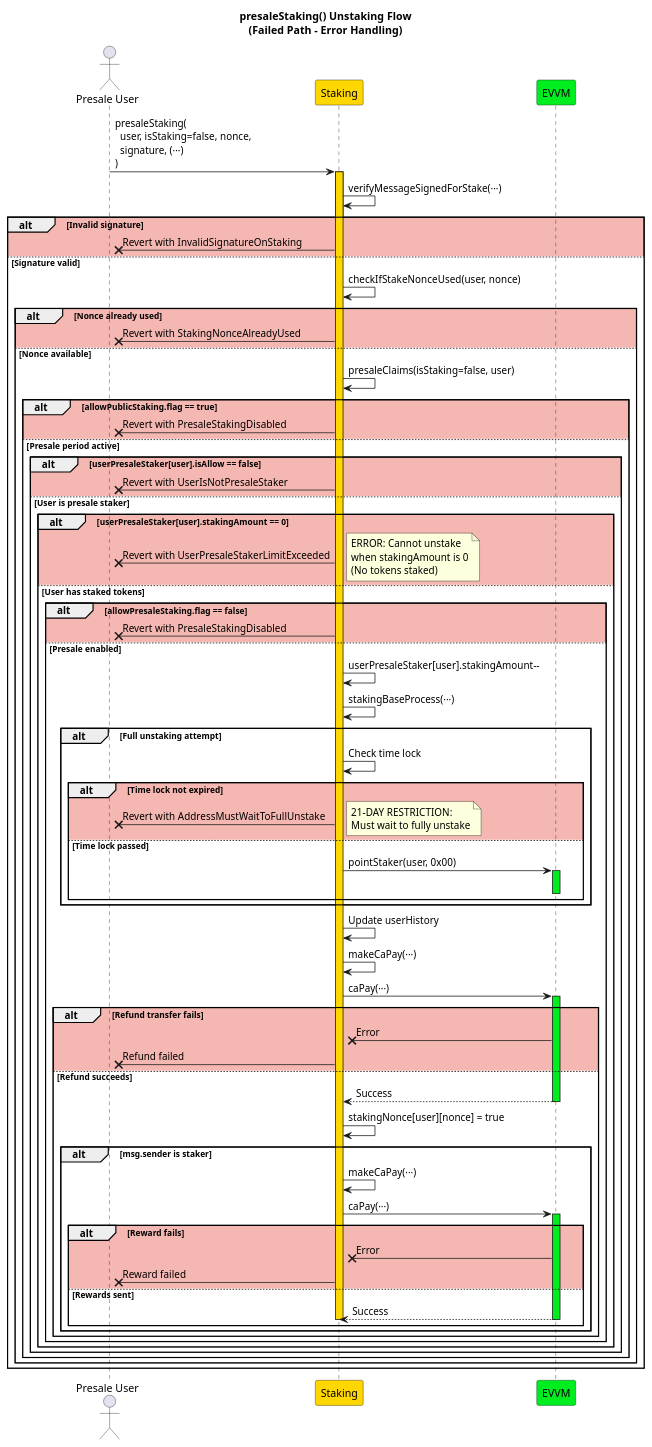
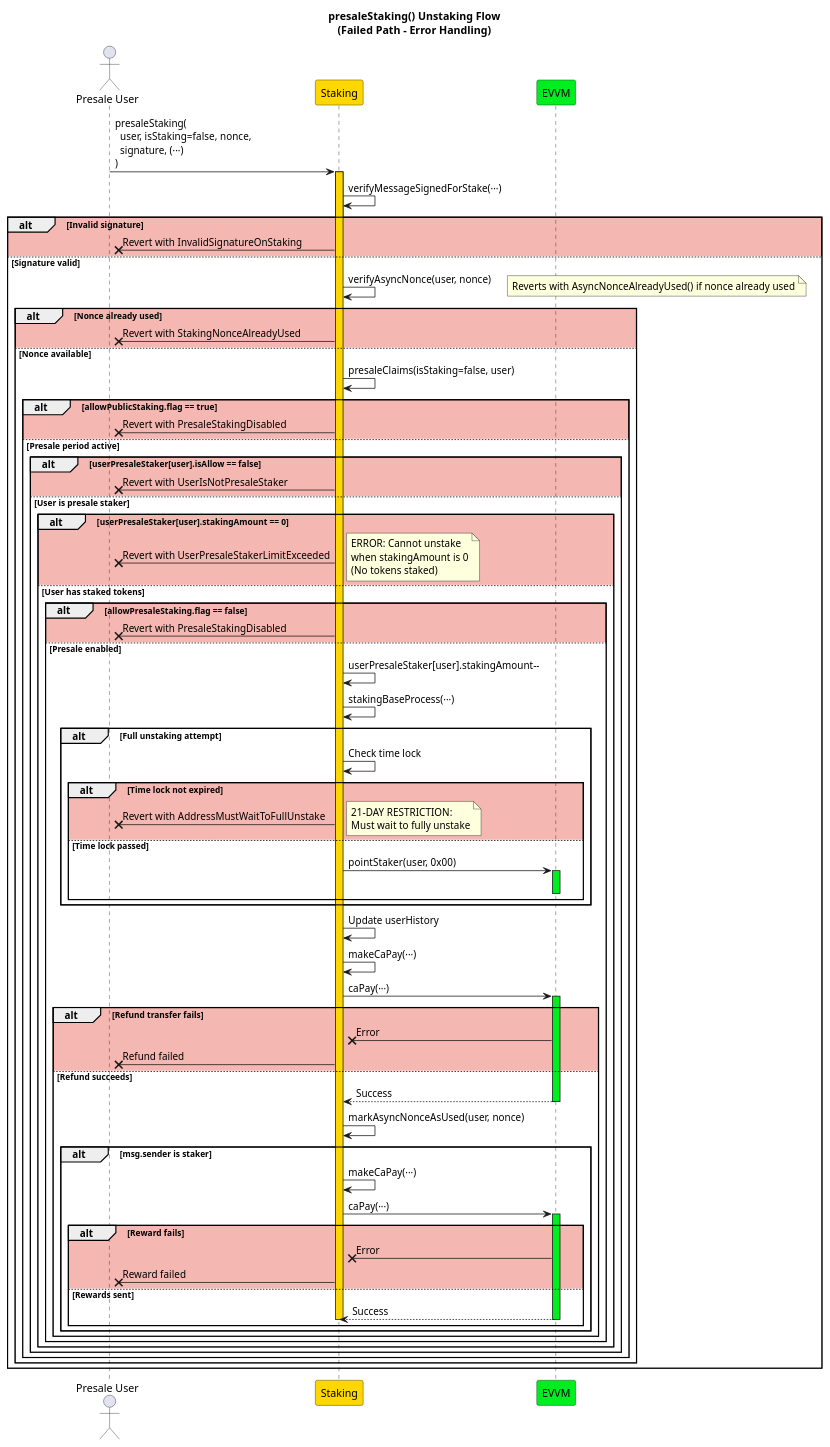
The diagram in docs/04-Contracts/03-Staking/02-StakingContract/01-StakingFunctions/img/_plantUML/02presaleStaking/presaleStaking_Unstaking_FailedPath.puml (EVVM-org/documentation-website), drawn with PlantUML before and after one commit. The commit also changed 134 other files, not shown here.

```diff
--- a/docs/04-Contracts/03-Staking/02-StakingContract/01-StakingFunctions/img/_plantUML/02presaleStaking/presaleStaking_Unstaking_FailedPath.puml
+++ b/docs/04-Contracts/03-Staking/02-StakingContract/01-StakingFunctions/img/_plantUML/02presaleStaking/presaleStaking_Unstaking_FailedPath.puml
@@ -1,112 +1,113 @@
 @startuml
 
 <style>
 document {
   BackGroundColor white
 }
 </style>
 
 title presaleStaking() Unstaking Flow\n(Failed Path - Error Handling)
 
 actor "Presale User" as user
 participant "Staking" as staking #FFD700
 participant "EVVM" as evvm #00EE20
 
 user -> staking : presaleStaking(\n  user, isStaking=false, nonce,\n  signature, (···)\n)
 activate staking #FFD700
 
 staking -> staking : verifyMessageSignedForStake(···)
 
 alt #f5b7b1 Invalid signature
     staking -x user : Revert with InvalidSignatureOnStaking
     
 else #white Signature valid
 
-    staking -> staking : checkIfStakeNonceUsed(user, nonce)
+    staking -> staking : verifyAsyncNonce(user, nonce)
+    note right : Reverts with AsyncNonceAlreadyUsed() if nonce already used
     
     alt #f5b7b1 Nonce already used
         staking -x user : Revert with StakingNonceAlreadyUsed
         
     else #white Nonce available
 
         staking -> staking : presaleClaims(isStaking=false, user)
         
         alt #f5b7b1 allowPublicStaking.flag == true
             staking -x user : Revert with PresaleStakingDisabled
             
         else #white Presale period active
         
             alt #f5b7b1 userPresaleStaker[user].isAllow == false
                 staking -x user : Revert with UserIsNotPresaleStaker
                 
             else #white User is presale staker
             
                 alt #f5b7b1 userPresaleStaker[user].stakingAmount == 0
                     staking -x user : Revert with UserPresaleStakerLimitExceeded
                     note right : ERROR: Cannot unstake\nwhen stakingAmount is 0\n(No tokens staked)
                     
                 else #white User has staked tokens
                 
                     alt #f5b7b1 allowPresaleStaking.flag == false
                         staking -x user : Revert with PresaleStakingDisabled
                         
                     else #white Presale enabled
                     
                         staking -> staking : userPresaleStaker[user].stakingAmount--
                         
                         staking -> staking : stakingBaseProcess(···)
 
                         alt #white Full unstaking attempt
                             staking -> staking : Check time lock
                             
                             alt #f5b7b1 Time lock not expired
                                 staking -x user : Revert with AddressMustWaitToFullUnstake
                                 note right : 21-DAY RESTRICTION:\nMust wait to fully unstake
                                 
                             else #white Time lock passed
                                 staking -> evvm : pointStaker(user, 0x00)
                                 activate evvm #00EE20
                                 deactivate evvm
                             end
                         end
 
                         staking -> staking : Update userHistory
 
                         staking -> staking : makeCaPay(···)
 
                         staking -> evvm : caPay(···)
                         activate evvm #00EE20
                         
                         alt #f5b7b1 Refund transfer fails
                             evvm -x staking : Error
                             staking -x user : Refund failed
                         else #white Refund succeeds
                             evvm --> staking : Success
                             deactivate evvm
                             
-                            staking -> staking : stakingNonce[user][nonce] = true
+                            staking -> staking : markAsyncNonceAsUsed(user, nonce)
                             
                             alt #white msg.sender is staker
                                 staking -> staking : makeCaPay(···)
                                 
                                 staking -> evvm : caPay(···)
                                 activate evvm #00EE20
                                 
                                 alt #f5b7b1 Reward fails
                                     evvm -x staking : Error
                                     staking -x user : Reward failed
                                 else #white Rewards sent
                                     evvm --> staking : Success
                                     deactivate evvm
                                     deactivate staking
                                 end
                             end
                         end
                     end
                 end
             end
         end
     end
 end
 
 @enduml
```
